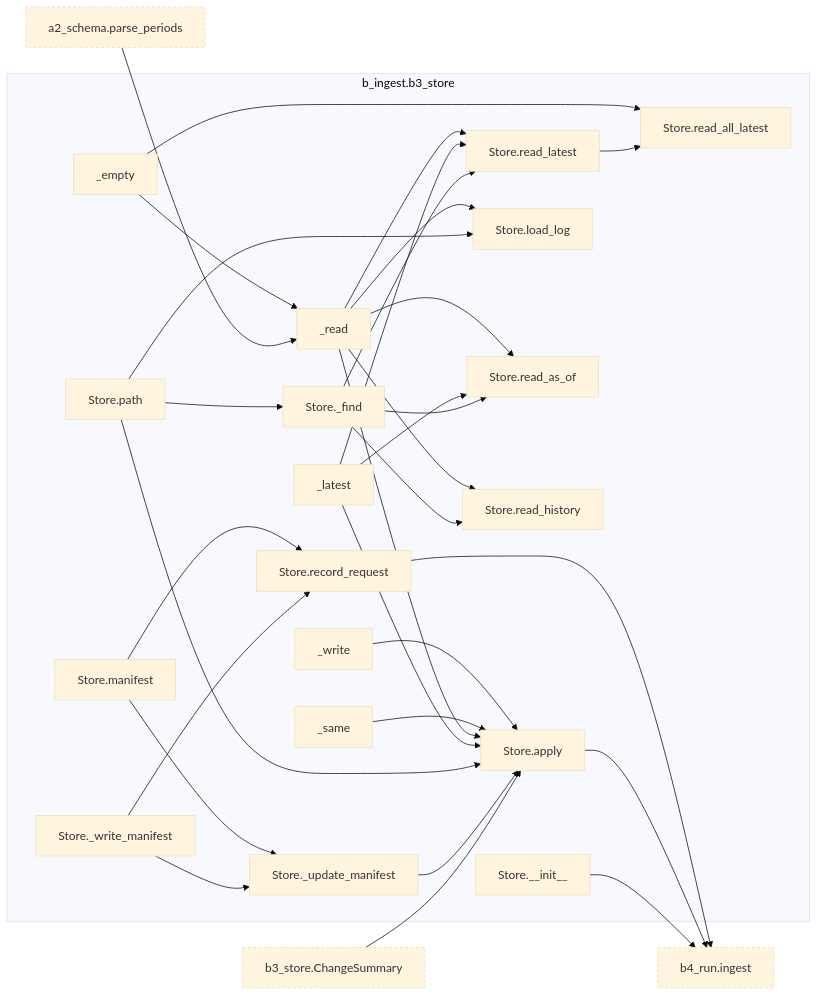
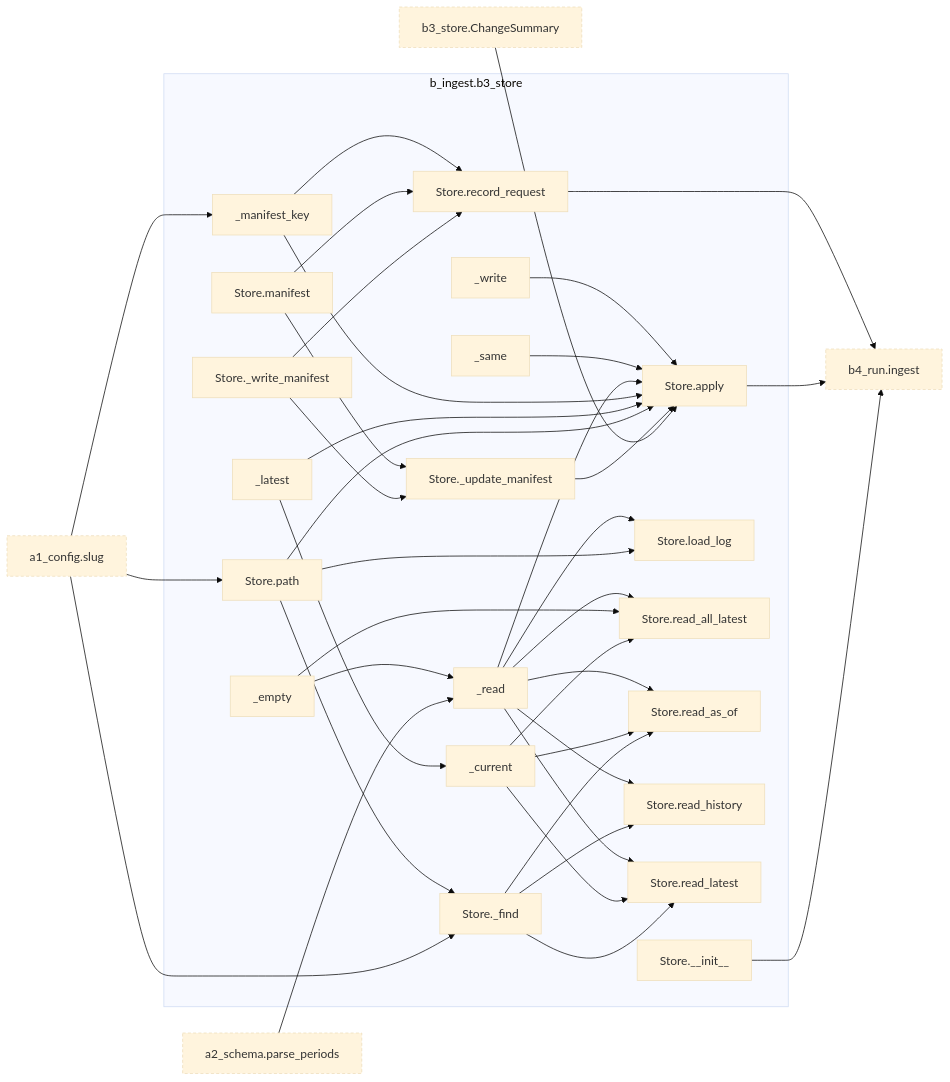
One commit to bsawyerg15/MacroScan changed the eighth of 9 diagrams in docs/architecture.md. Above: the diagram before and after it, drawn with Mermaid (base theme). The commit also changed other lines of this file and 13 other files, not shown here.

```diff
--- a/docs/architecture.md
+++ b/docs/architecture.md
@@ -509,15 +542,19 @@
     n_b_ingest_b3_store_Store_read_history["Store.read_history"]
     n_b_ingest_b3_store_Store_read_latest["Store.read_latest"]
     n_b_ingest_b3_store_Store_record_request["Store.record_request"]
+    n_b_ingest_b3_store__current["_current"]
     n_b_ingest_b3_store__empty["_empty"]
     n_b_ingest_b3_store__latest["_latest"]
+    n_b_ingest_b3_store__manifest_key["_manifest_key"]
     n_b_ingest_b3_store__read["_read"]
     n_b_ingest_b3_store__same["_same"]
     n_b_ingest_b3_store__write["_write"]
   end
+  n_a_core_a1_config_slug["a1_config.slug"]:::ext
   n_a_core_a2_schema_parse_periods["a2_schema.parse_periods"]:::ext
   n_b_ingest_b3_store_ChangeSummary["b3_store.ChangeSummary"]:::ext
   n_b_ingest_b4_run_ingest["b4_run.ingest"]:::ext
+  n_a_core_a1_config_slug --> n_b_ingest_b3_store_Store__find
   n_b_ingest_b3_store_Store_path --> n_b_ingest_b3_store_Store__find
   n_b_ingest_b3_store_Store__write_manifest --> n_b_ingest_b3_store_Store__update_manifest
   n_b_ingest_b3_store_Store_manifest --> n_b_ingest_b3_store_Store__update_manifest
@@ -525,28 +562,35 @@
   n_b_ingest_b3_store_Store__update_manifest --> n_b_ingest_b3_store_Store_apply
   n_b_ingest_b3_store_Store_path --> n_b_ingest_b3_store_Store_apply
   n_b_ingest_b3_store__latest --> n_b_ingest_b3_store_Store_apply
+  n_b_ingest_b3_store__manifest_key --> n_b_ingest_b3_store_Store_apply
   n_b_ingest_b3_store__read --> n_b_ingest_b3_store_Store_apply
   n_b_ingest_b3_store__same --> n_b_ingest_b3_store_Store_apply
   n_b_ingest_b3_store__write --> n_b_ingest_b3_store_Store_apply
   n_b_ingest_b3_store_Store_path --> n_b_ingest_b3_store_Store_load_log
   n_b_ingest_b3_store__read --> n_b_ingest_b3_store_Store_load_log
-  n_b_ingest_b3_store_Store_read_latest --> n_b_ingest_b3_store_Store_read_all_latest
+  n_a_core_a1_config_slug --> n_b_ingest_b3_store_Store_path
+  n_b_ingest_b3_store__current --> n_b_ingest_b3_store_Store_read_all_latest
   n_b_ingest_b3_store__empty --> n_b_ingest_b3_store_Store_read_all_latest
+  n_b_ingest_b3_store__read --> n_b_ingest_b3_store_Store_read_all_latest
   n_b_ingest_b3_store_Store__find --> n_b_ingest_b3_store_Store_read_as_of
-  n_b_ingest_b3_store__latest --> n_b_ingest_b3_store_Store_read_as_of
+  n_b_ingest_b3_store__current --> n_b_ingest_b3_store_Store_read_as_of
   n_b_ingest_b3_store__read --> n_b_ingest_b3_store_Store_read_as_of
   n_b_ingest_b3_store_Store__find --> n_b_ingest_b3_store_Store_read_history
   n_b_ingest_b3_store__read --> n_b_ingest_b3_store_Store_read_history
   n_b_ingest_b3_store_Store__find --> n_b_ingest_b3_store_Store_read_latest
-  n_b_ingest_b3_store__latest --> n_b_ingest_b3_store_Store_read_latest
+  n_b_ingest_b3_store__current --> n_b_ingest_b3_store_Store_read_latest
   n_b_ingest_b3_store__read --> n_b_ingest_b3_store_Store_read_latest
   n_b_ingest_b3_store_Store__write_manifest --> n_b_ingest_b3_store_Store_record_request
   n_b_ingest_b3_store_Store_manifest --> n_b_ingest_b3_store_Store_record_request
+  n_b_ingest_b3_store__manifest_key --> n_b_ingest_b3_store_Store_record_request
+  n_b_ingest_b3_store__latest --> n_b_ingest_b3_store__current
+  n_a_core_a1_config_slug --> n_b_ingest_b3_store__manifest_key
   n_a_core_a2_schema_parse_periods --> n_b_ingest_b3_store__read
   n_b_ingest_b3_store__empty --> n_b_ingest_b3_store__read
   n_b_ingest_b3_store_Store___init__ --> n_b_ingest_b4_run_ingest
   n_b_ingest_b3_store_Store_apply --> n_b_ingest_b4_run_ingest
   n_b_ingest_b3_store_Store_record_request --> n_b_ingest_b4_run_ingest
+  click n_a_core_a1_config_slug href "#fn-a_core-a1_config-slug"
   click n_a_core_a2_schema_parse_periods href "#fn-a_core-a2_schema-parse_periods"
   click n_b_ingest_b3_store_ChangeSummary href "#cls-ChangeSummary"
   click n_b_ingest_b3_store_Store___init__ href "#fn-b_ingest-b3_store-Store.__init__"
@@ -562,8 +606,10 @@
   click n_b_ingest_b3_store_Store_read_history href "#fn-b_ingest-b3_store-Store.read_history"
   click n_b_ingest_b3_store_Store_read_latest href "#fn-b_ingest-b3_store-Store.read_latest"
   click n_b_ingest_b3_store_Store_record_request href "#fn-b_ingest-b3_store-Store.record_request"
+  click n_b_ingest_b3_store__current href "#fn-b_ingest-b3_store-_current"
   click n_b_ingest_b3_store__empty href "#fn-b_ingest-b3_store-_empty"
   click n_b_ingest_b3_store__latest href "#fn-b_ingest-b3_store-_latest"
+  click n_b_ingest_b3_store__manifest_key href "#fn-b_ingest-b3_store-_manifest_key"
   click n_b_ingest_b3_store__read href "#fn-b_ingest-b3_store-_read"
   click n_b_ingest_b3_store__same href "#fn-b_ingest-b3_store-_same"
   click n_b_ingest_b3_store__write href "#fn-b_ingest-b3_store-_write"
```
